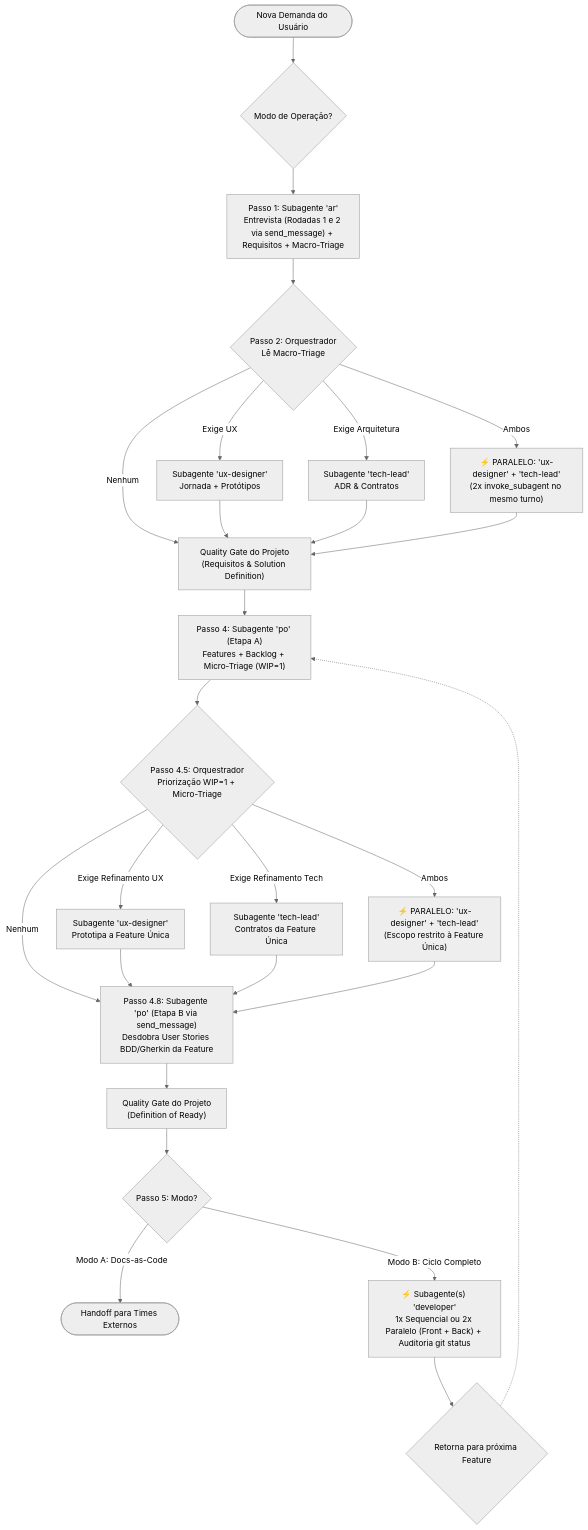
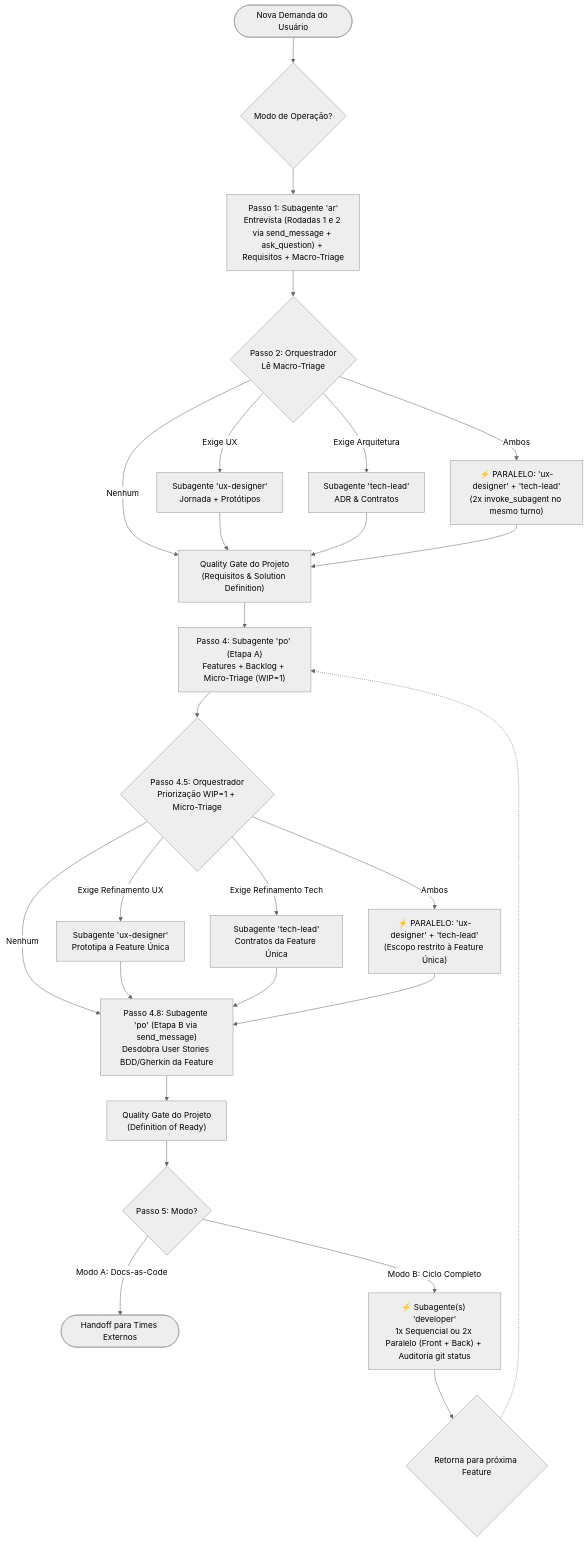
The diagram in skills/dev-team/SKILL.md (renatorlemos-gif/dev-team), drawn with Mermaid (neutral theme) before and after one commit. The commit also changed other lines of this file and 16 other files, not shown here.

````diff
--- a/skills/dev-team/SKILL.md
+++ b/skills/dev-team/SKILL.md
@@ -69,40 +67,40 @@
 ```mermaid
 graph TD
     Demanda([Nova Demanda do Usuário]) --> MODO{Modo de Operação?}
 
-    MODO --> AR["Passo 1: Subagente 'ar'<br/>Entrevista (Rodadas 1 e 2 via send_message) + Requisitos + Macro-Triage"]
+    MODO --> AR["Passo 1: Subagente 'ar'<br/>Entrevista (Rodadas 1 e 2 via send_message + ask_question) + Requisitos + Macro-Triage"]
 
     AR --> Triage{"Passo 2: Orquestrador<br/>Lê Macro-Triage"}
 
     Triage -->|"Exige UX"| UX["Subagente 'ux-designer'<br/>Jornada + Protótipos"]
     Triage -->|"Exige Arquitetura"| ARCH["Subagente 'tech-lead'<br/>ADR & Contratos"]
     Triage -->|"Ambos"| BOTH["⚡ PARALELO: 'ux-designer' + 'tech-lead'<br/>(2x invoke_subagent no mesmo turno)"]
     Triage -->|"Nenhum"| APPROVE["Quality Gate do Projeto<br/>(Requisitos & Solution Definition)"]
 
     UX --> APPROVE
     ARCH --> APPROVE
     BOTH --> APPROVE
 
     APPROVE --> PO_FEAT["Passo 4: Subagente 'po' (Etapa A)<br/>Features + Backlog + Micro-Triage (WIP=1)"]
 
     PO_FEAT --> MicroTriage{"Passo 4.5: Orquestrador<br/>Priorização WIP=1 + Micro-Triage"}
 
     MicroTriage -->|"Exige Refinamento UX"| UX_Feat["Subagente 'ux-designer'<br/>Prototipa a Feature Única"]
     MicroTriage -->|"Exige Refinamento Tech"| ARCH_Feat["Subagente 'tech-lead'<br/>Contratos da Feature Única"]
     MicroTriage -->|"Ambos"| BOTH_Feat["⚡ PARALELO: 'ux-designer' + 'tech-lead'<br/>(Escopo restrito à Feature Única)"]
     MicroTriage -->|"Nenhum"| PO_US["Passo 4.8: Subagente 'po' (Etapa B via send_message)<br/>Desdobra User Stories BDD/Gherkin da Feature"]
 
     UX_Feat --> PO_US
     ARCH_Feat --> PO_US
     BOTH_Feat --> PO_US
 
     PO_US --> READY["Quality Gate do Projeto<br/>(Definition of Ready)"]
 
     READY --> DEV{"Passo 5: Modo?"}
 
     DEV -->|"Modo A: Docs-as-Code"| HANDOFF([Handoff para Times Externos])
     DEV -->|"Modo B: Ciclo Completo"| DEVELOPER["⚡ Subagente(s) 'developer'<br/>1x Sequencial ou 2x Paralelo (Front + Back) + Auditoria git status"]
 
     DEVELOPER --> LOOP_FEATURE{"Retorna para próxima Feature"}
     LOOP_FEATURE -.-> PO_FEAT
 ```
````
